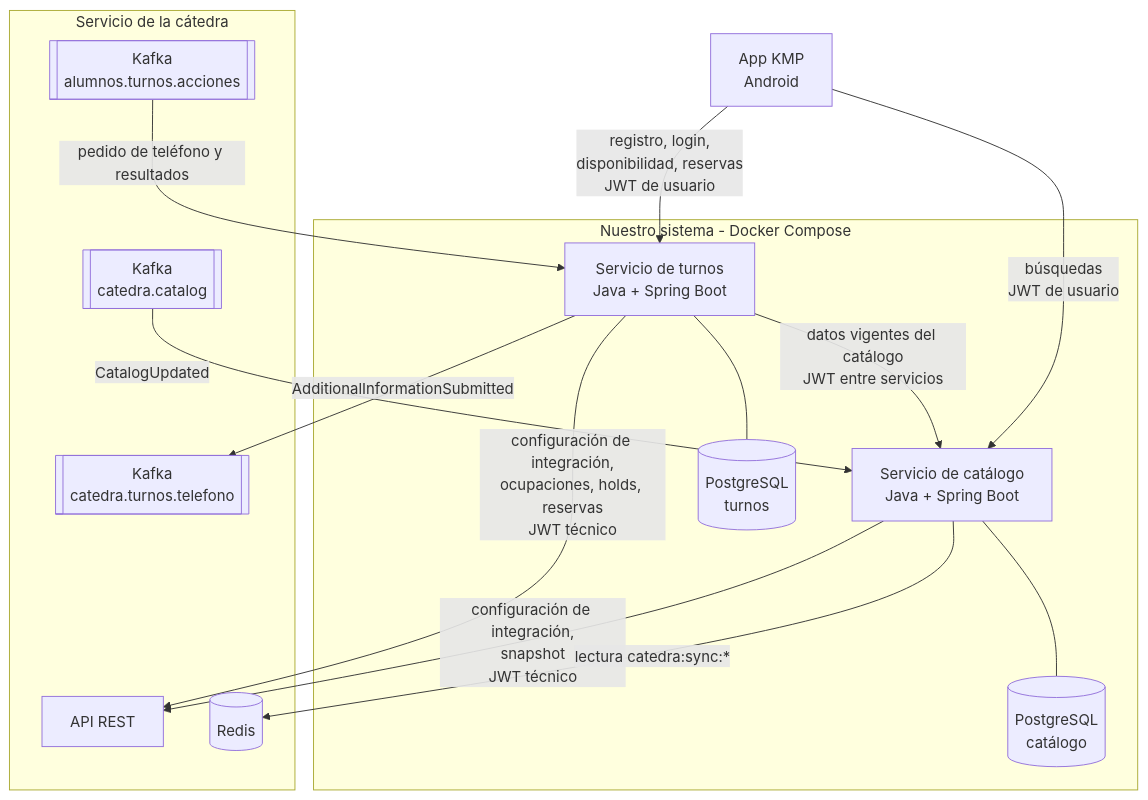
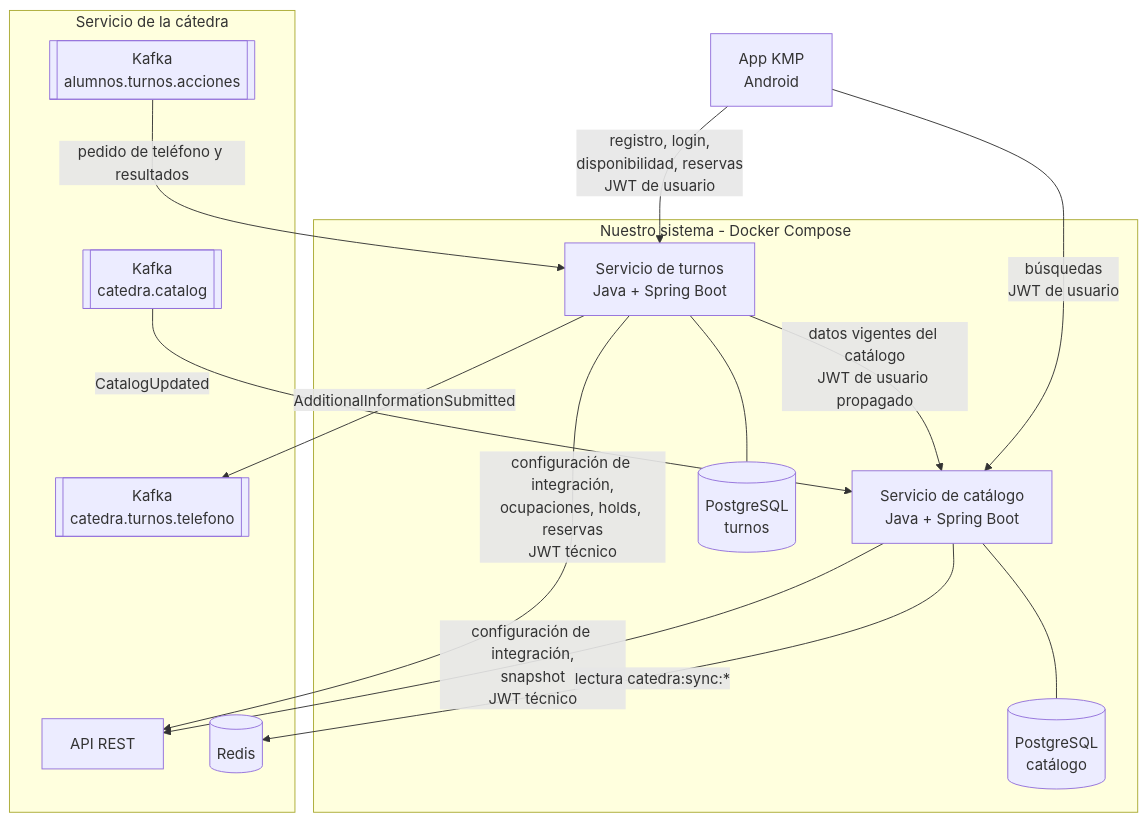
Before and after one commit to Martin-Salvatore-ProgII/docs: the second of 2 diagrams in arq/arquitectura.md, drawn with Mermaid. The commit also changed 19 other files, not shown here.

````diff
--- a/arq/arquitectura.md
+++ b/arq/arquitectura.md
@@ -34,34 +34,34 @@
 ```mermaid
 flowchart TB
     APP[App KMP<br/>Android]
 
     subgraph NUESTRO[Nuestro sistema - Docker Compose]
         CS[Servicio de catálogo<br/>Java + Spring Boot]
         CDB[(PostgreSQL<br/>catálogo)]
         TS[Servicio de turnos<br/>Java + Spring Boot]
         TDB[(PostgreSQL<br/>turnos)]
     end
 
     subgraph CAT[Servicio de la cátedra]
         API[API REST]
         RED[(Redis)]
         KC[[Kafka<br/>catedra.catalog]]
         KA[[Kafka<br/>alumnos.turnos.acciones]]
         KT[[Kafka<br/>catedra.turnos.telefono]]
     end
 
     APP -->|búsquedas<br/>JWT de usuario| CS
     APP -->|registro, login,<br/>disponibilidad, reservas<br/>JWT de usuario| TS
-    TS -->|datos vigentes del catálogo<br/>JWT entre servicios| CS
+    TS -->|datos vigentes del catálogo<br/>JWT de usuario propagado| CS
 
     CS --- CDB
     TS --- TDB
 
     CS -->|configuración de integración,<br/>snapshot<br/>JWT técnico| API
     CS -->|lectura catedra:sync:*| RED
     KC -->|CatalogUpdated| CS
 
     TS -->|configuración de integración,<br/>ocupaciones, holds, reservas<br/>JWT técnico| API
     KA -->|pedido de teléfono y resultados| TS
     TS -->|AdditionalInformationSubmitted| KT
 ```
````
